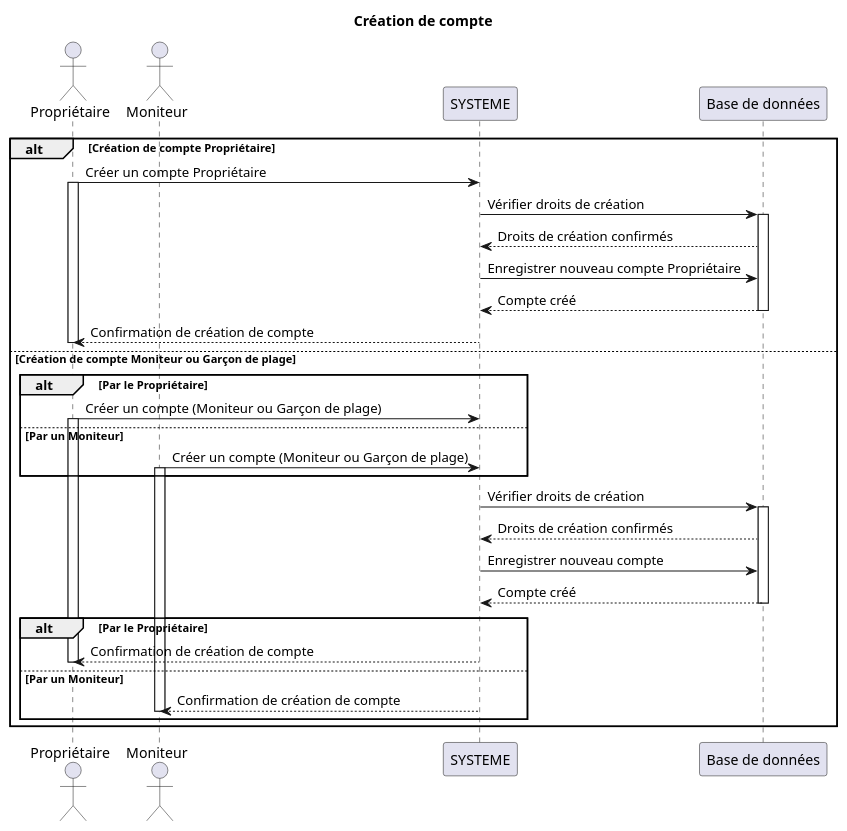
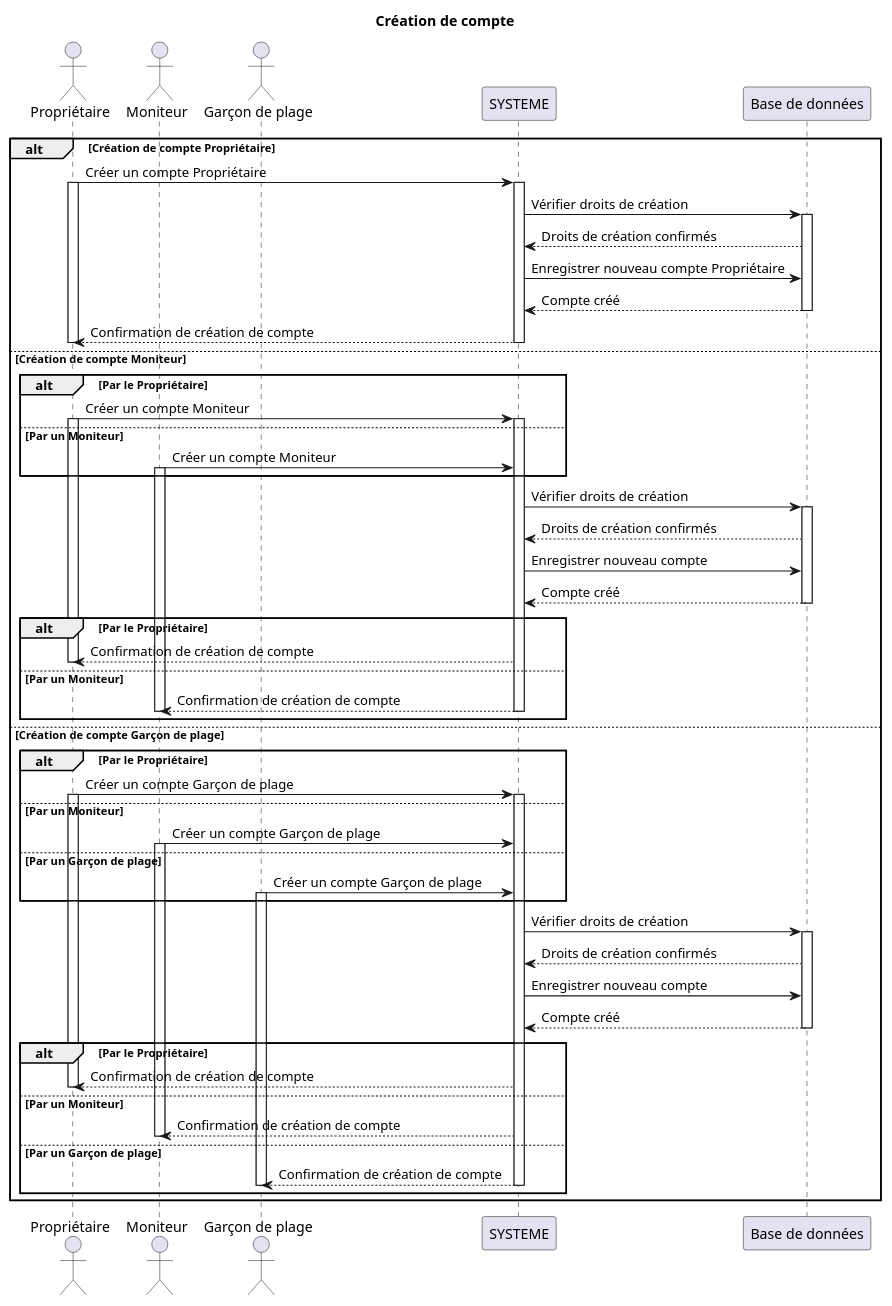
The diagram in docs/1-analysis/sequenceDiagrams/accountCreationSequenceDiagram.puml (Hugo-COLLIN/MIAGE_CSI_NauticalClub), drawn with PlantUML before and after one commit.

Commit message:
docs: Garçon de plage

```diff
--- a/docs/1-analysis/sequenceDiagrams/accountCreationSequenceDiagram.puml
+++ b/docs/1-analysis/sequenceDiagrams/accountCreationSequenceDiagram.puml
@@ -1,44 +1,80 @@
 @startuml
 actor "Propriétaire" as P
 actor "Moniteur" as M
+actor "Garçon de plage" as G
 participant "SYSTEME" as App
 participant "Base de données" as DB
 
 title Création de compte
 
 alt Création de compte Propriétaire
     P -> App : Créer un compte Propriétaire
     activate P
+    activate App
     App -> DB : Vérifier droits de création
     activate DB
     DB --> App : Droits de création confirmés
     App -> DB : Enregistrer nouveau compte Propriétaire
     DB --> App : Compte créé
     deactivate DB
     App --> P : Confirmation de création de compte
+    deactivate App
     deactivate P
-else Création de compte Moniteur ou Garçon de plage
+else Création de compte Moniteur
     alt Par le Propriétaire
-        P -> App : Créer un compte (Moniteur ou Garçon de plage)
+        P -> App : Créer un compte Moniteur
         activate P
+        activate App
     else Par un Moniteur
-        M -> App : Créer un compte (Moniteur ou Garçon de plage)
+        M -> App : Créer un compte Moniteur
         activate M
     end
 
     App -> DB : Vérifier droits de création
     activate DB
     DB --> App : Droits de création confirmés
     App -> DB : Enregistrer nouveau compte
     DB --> App : Compte créé
     deactivate DB
 
     alt Par le Propriétaire
         App --> P : Confirmation de création de compte
         deactivate P
     else Par un Moniteur
         App --> M : Confirmation de création de compte
         deactivate M
+        deactivate App
+    end
+else Création de compte Garçon de plage
+    alt Par le Propriétaire
+        P -> App : Créer un compte Garçon de plage
+        activate P
+        activate App
+    else Par un Moniteur
+        M -> App : Créer un compte Garçon de plage
+        activate M
+    else Par un Garçon de plage
+        G -> App : Créer un compte Garçon de plage
+        activate G
+    end
+
+    App -> DB : Vérifier droits de création
+    activate DB
+    DB --> App : Droits de création confirmés
+    App -> DB : Enregistrer nouveau compte
+    DB --> App : Compte créé
+    deactivate DB
+
+    alt Par le Propriétaire
+        App --> P : Confirmation de création de compte
+        deactivate P
+    else Par un Moniteur
+        App --> M : Confirmation de création de compte
+        deactivate M
+    else Par un Garçon de plage
+        App --> G : Confirmation de création de compte
+        deactivate G
+        deactivate App
     end
 end
 @enduml
```
